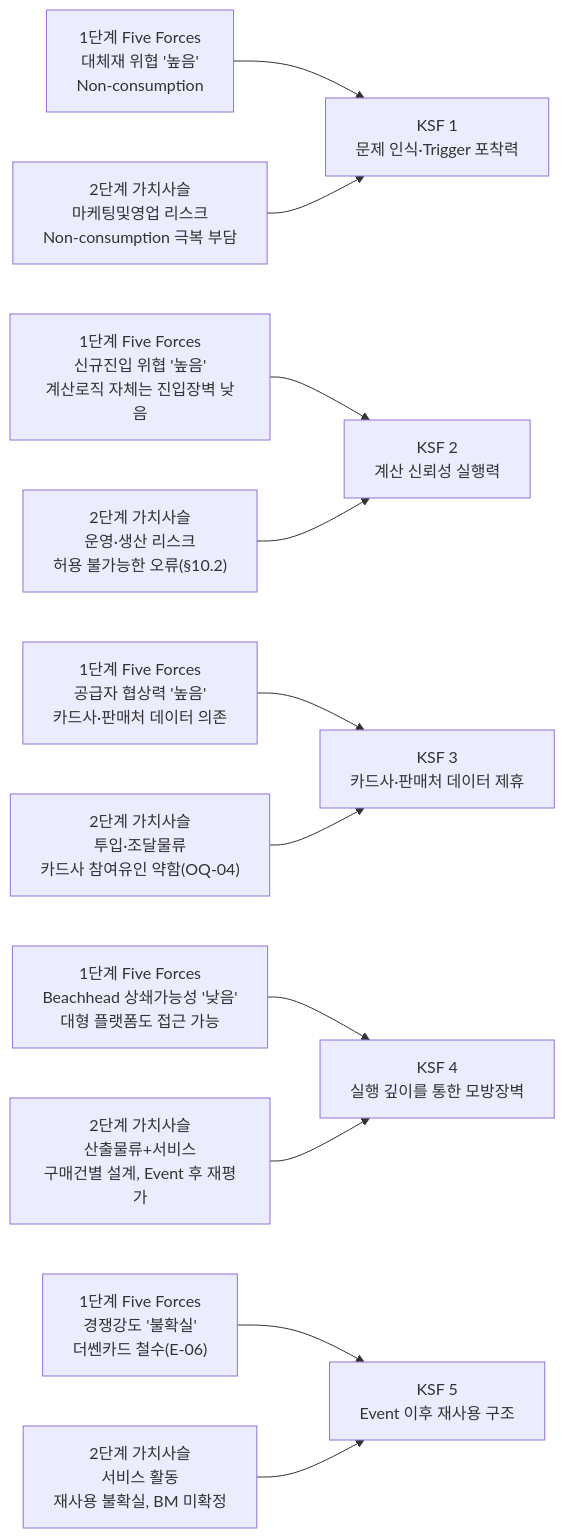
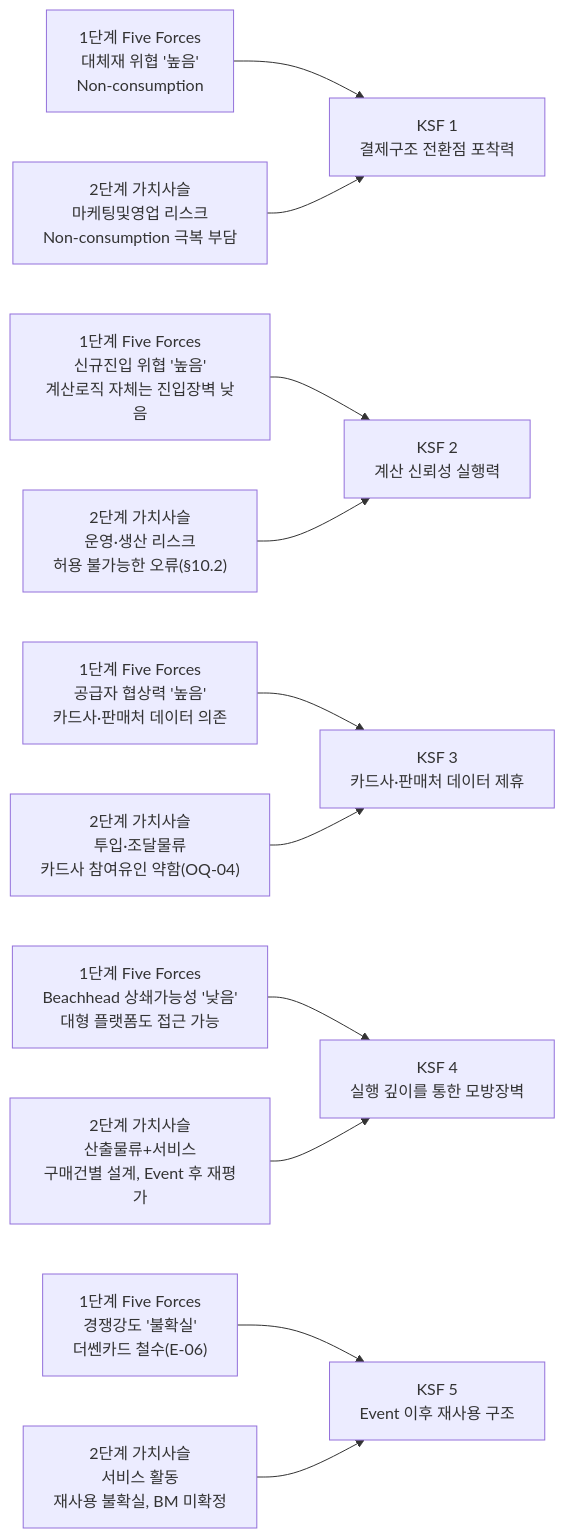
The second of 3 diagrams in Industry and Business Analysis/03 - 핵심 성공 요인(KSFs) 분석.md (jennie-brain/idea), drawn with Mermaid before and after one commit. The commit also changed other lines of this file and 1 other file, not shown here.

First line of the commit message:
Split KSF analysis by entrant type; broaden Trigger to payment-structure transitions

````diff
--- a/Industry and Business Analysis/03 - 핵심 성공 요인(KSFs) 분석.md
+++ b/Industry and Business Analysis/03 - 핵심 성공 요인(KSFs) 분석.md
@@ -33,17 +76,17 @@
 ```mermaid
 flowchart LR
-    F1["1단계 Five Forces<br/>대체재 위협 '높음'<br/>Non-consumption"] --> K1["KSF 1<br/>문제 인식·Trigger 포착력"]
+    F1["1단계 Five Forces<br/>대체재 위협 '높음'<br/>Non-consumption"] --> K1["KSF 1<br/>결제구조 전환점 포착력"]
     V1["2단계 가치사슬<br/>마케팅및영업 리스크<br/>Non-consumption 극복 부담"] --> K1
 
     F2["1단계 Five Forces<br/>신규진입 위협 '높음'<br/>계산로직 자체는 진입장벽 낮음"] --> K2["KSF 2<br/>계산 신뢰성 실행력"]
     V2["2단계 가치사슬<br/>운영·생산 리스크<br/>허용 불가능한 오류(§10.2)"] --> K2
 
     F3["1단계 Five Forces<br/>공급자 협상력 '높음'<br/>카드사·판매처 데이터 의존"] --> K3["KSF 3<br/>카드사·판매처 데이터 제휴"]
     V3["2단계 가치사슬<br/>투입·조달물류<br/>카드사 참여유인 약함(OQ-04)"] --> K3
 
     F4["1단계 Five Forces<br/>Beachhead 상쇄가능성 '낮음'<br/>대형 플랫폼도 접근 가능"] --> K4["KSF 4<br/>실행 깊이를 통한 모방장벽"]
     V4["2단계 가치사슬<br/>산출물류+서비스<br/>구매건별 설계, Event 후 재평가"] --> K4
 
     F5["1단계 Five Forces<br/>경쟁강도 '불확실'<br/>더쎈카드 철수(E-06)"] --> K5["KSF 5<br/>Event 이후 재사용 구조"]
     V5["2단계 가치사슬<br/>서비스 활동<br/>재사용 불확실, BM 미확정"] --> K5
 ```
````
